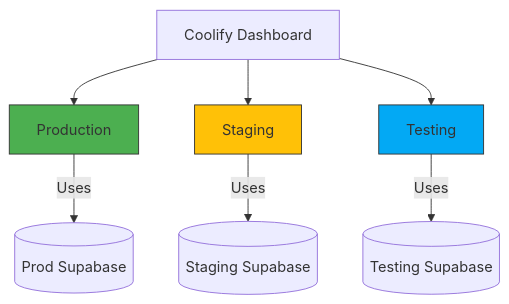
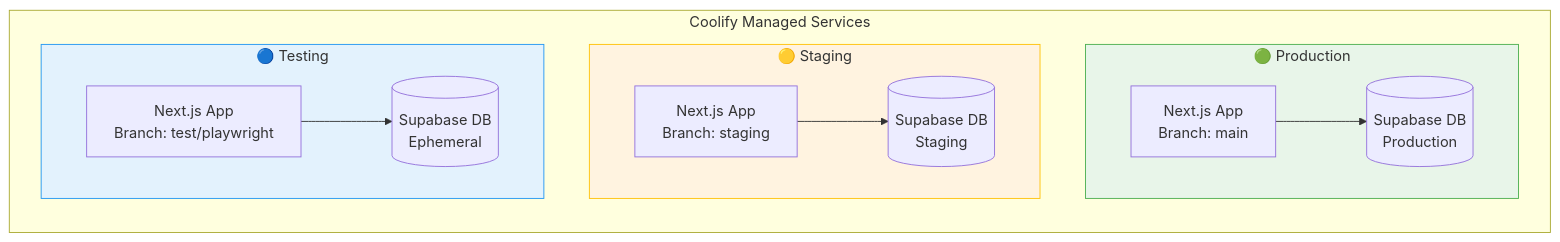
Before and after one commit to tao101/Self-Hosted-Next.js-Supabase-Fullstack-Starter-Template: the second of 4 diagrams in deployment.md, drawn with Mermaid. The commit also changed other lines of this file, not shown here.

First line of the commit message:
Enhance deployment documentation with comprehensive Coolify and Supabase environment setup

````diff
--- a/deployment.md
+++ b/deployment.md
@@ -5,13 +32,25 @@
 ```mermaid
 graph TD
-    A[Coolify Dashboard] --> B[Production]
-    A --> C[Staging]
-    A --> D[Testing]
-    B -->|Uses| E[(Prod Supabase)]
-    C -->|Uses| F[(Staging Supabase)]
-    D -->|Uses| G[(Testing Supabase)]
+    subgraph Coolify_Environments["Coolify Managed Services"]
+        direction TB
 
-    style B fill:#4CAF50,stroke:#333
-    style C fill:#FFC107,stroke:#333
-    style D fill:#03A9F4,stroke:#333
+        subgraph Production["🟢 Production"]
+            direction LR
+            P_Nextjs[Next.js App<br/>Branch: main] --> P_Supabase[(Supabase DB<br/>Production)]
+        end
+
+        subgraph Staging["🟡 Staging"]
+            direction LR
+            S_Nextjs[Next.js App<br/>Branch: staging] --> S_Supabase[(Supabase DB<br/>Staging)]
+        end
+
+        subgraph Testing["🔵 Testing"]
+            direction LR
+            T_Nextjs[Next.js App<br/>Branch: test/playwright] --> T_Supabase[(Supabase DB<br/>Ephemeral)]
+        end
+    end
+
+    style Production fill:#e8f5e9,stroke:#4CAF50
+    style Staging fill:#fff3e0,stroke:#FFC107
+    style Testing fill:#e3f2fd,stroke:#2196F3
 ```
````
